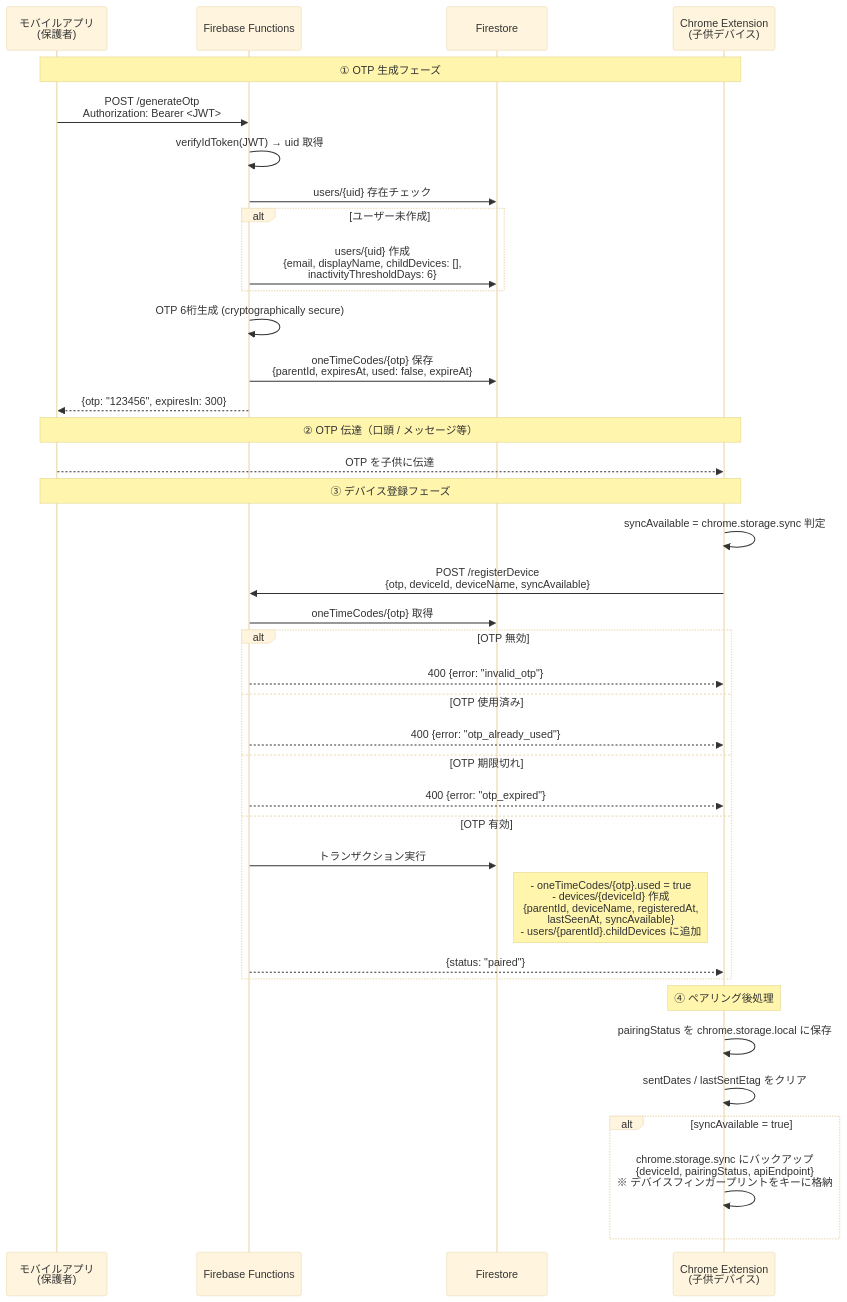
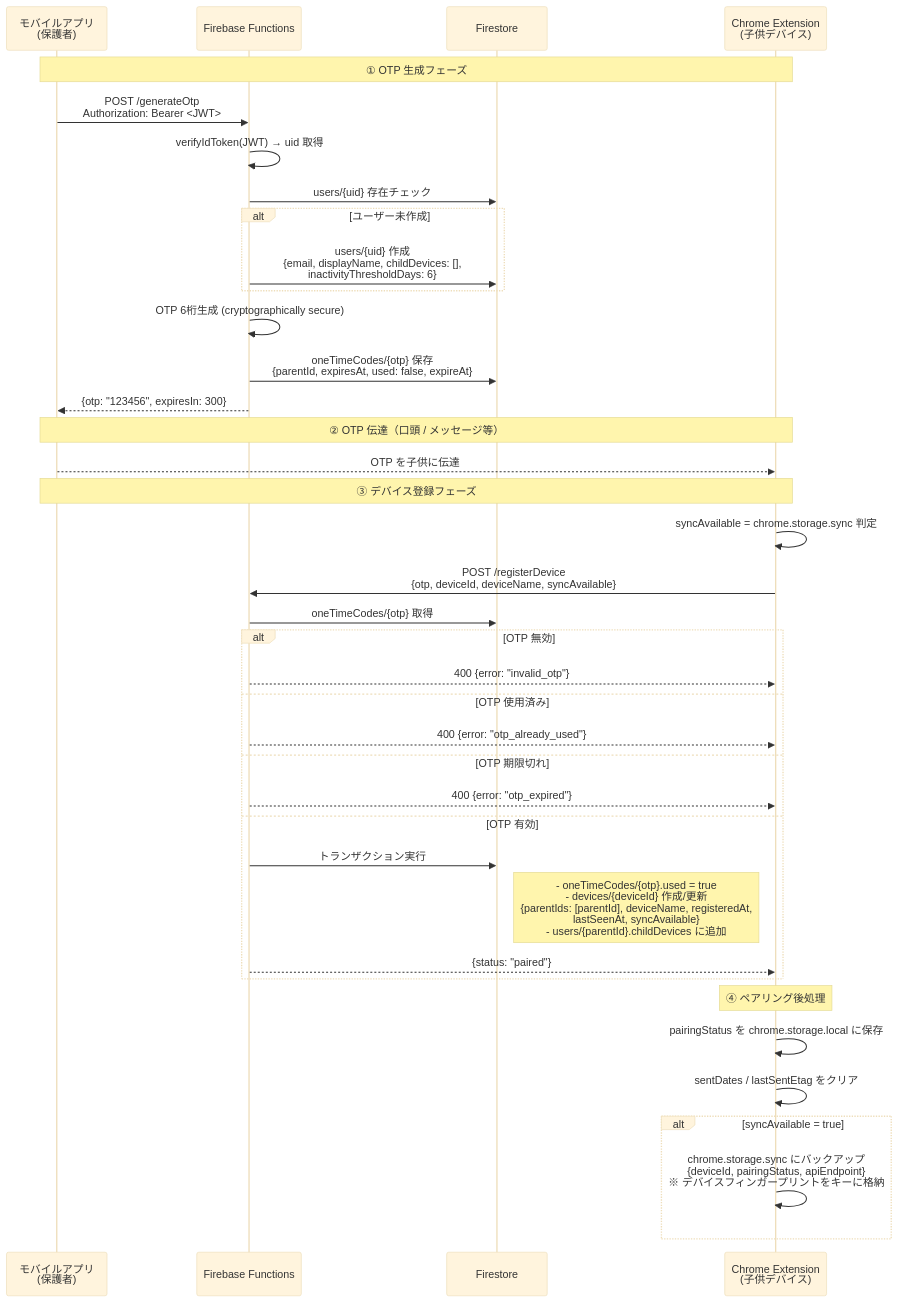
One commit to y-plusknasy/cb-monitor-extension changed the first of 4 diagrams in docs/mermaid/s02-otp-pairing-data-flow.md. Above: the diagram before and after it, drawn with Mermaid (base theme). The commit also changed other lines of this file and 24 other files, not shown here.

First line of the commit message:
feat: S6.5 — multi-parent device mapping, ESLint config, storage cleanup

````diff
--- a/docs/mermaid/s02-otp-pairing-data-flow.md
+++ b/docs/mermaid/s02-otp-pairing-data-flow.md
@@ -5,44 +5,44 @@
 ```mermaid
 sequenceDiagram
     participant Parent as モバイルアプリ<br/>(保護者)
     participant Functions as Firebase Functions
     participant Firestore as Firestore
     participant Extension as Chrome Extension<br/>(子供デバイス)
 
     Note over Parent,Extension: ① OTP 生成フェーズ
     Parent->>Functions: POST /generateOtp<br/>Authorization: Bearer <JWT>
     Functions->>Functions: verifyIdToken(JWT) → uid 取得
     Functions->>Firestore: users/{uid} 存在チェック
     alt ユーザー未作成
         Functions->>Firestore: users/{uid} 作成<br/>{email, displayName, childDevices: [],<br/>inactivityThresholdDays: 6}
     end
     Functions->>Functions: OTP 6桁生成 (cryptographically secure)
     Functions->>Firestore: oneTimeCodes/{otp} 保存<br/>{parentId, expiresAt, used: false, expireAt}
     Functions-->>Parent: {otp: "123456", expiresIn: 300}
 
     Note over Parent,Extension: ② OTP 伝達（口頭 / メッセージ等）
     Parent-->>Extension: OTP を子供に伝達
 
     Note over Parent,Extension: ③ デバイス登録フェーズ
     Extension->>Extension: syncAvailable = chrome.storage.sync 判定
     Extension->>Functions: POST /registerDevice<br/>{otp, deviceId, deviceName, syncAvailable}
     Functions->>Firestore: oneTimeCodes/{otp} 取得
     alt OTP 無効
         Functions-->>Extension: 400 {error: "invalid_otp"}
     else OTP 使用済み
         Functions-->>Extension: 400 {error: "otp_already_used"}
     else OTP 期限切れ
         Functions-->>Extension: 400 {error: "otp_expired"}
     else OTP 有効
         Functions->>Firestore: トランザクション実行
-        Note right of Firestore: - oneTimeCodes/{otp}.used = true<br/>- devices/{deviceId} 作成<br/>  {parentId, deviceName, registeredAt,<br/>   lastSeenAt, syncAvailable}<br/>- users/{parentId}.childDevices に追加
+        Note right of Firestore: - oneTimeCodes/{otp}.used = true<br/>- devices/{deviceId} 作成/更新<br/>  {parentIds: [parentId], deviceName, registeredAt,<br/>   lastSeenAt, syncAvailable}<br/>- users/{parentId}.childDevices に追加
         Functions-->>Extension: {status: "paired"}
     end
 
     Note over Extension: ④ ペアリング後処理
     Extension->>Extension: pairingStatus を chrome.storage.local に保存
     Extension->>Extension: sentDates / lastSentEtag をクリア
     alt syncAvailable = true
         Extension->>Extension: chrome.storage.sync にバックアップ<br/>{deviceId, pairingStatus, apiEndpoint}<br/>※ デバイスフィンガープリントをキーに格納
     end
 ```
````
